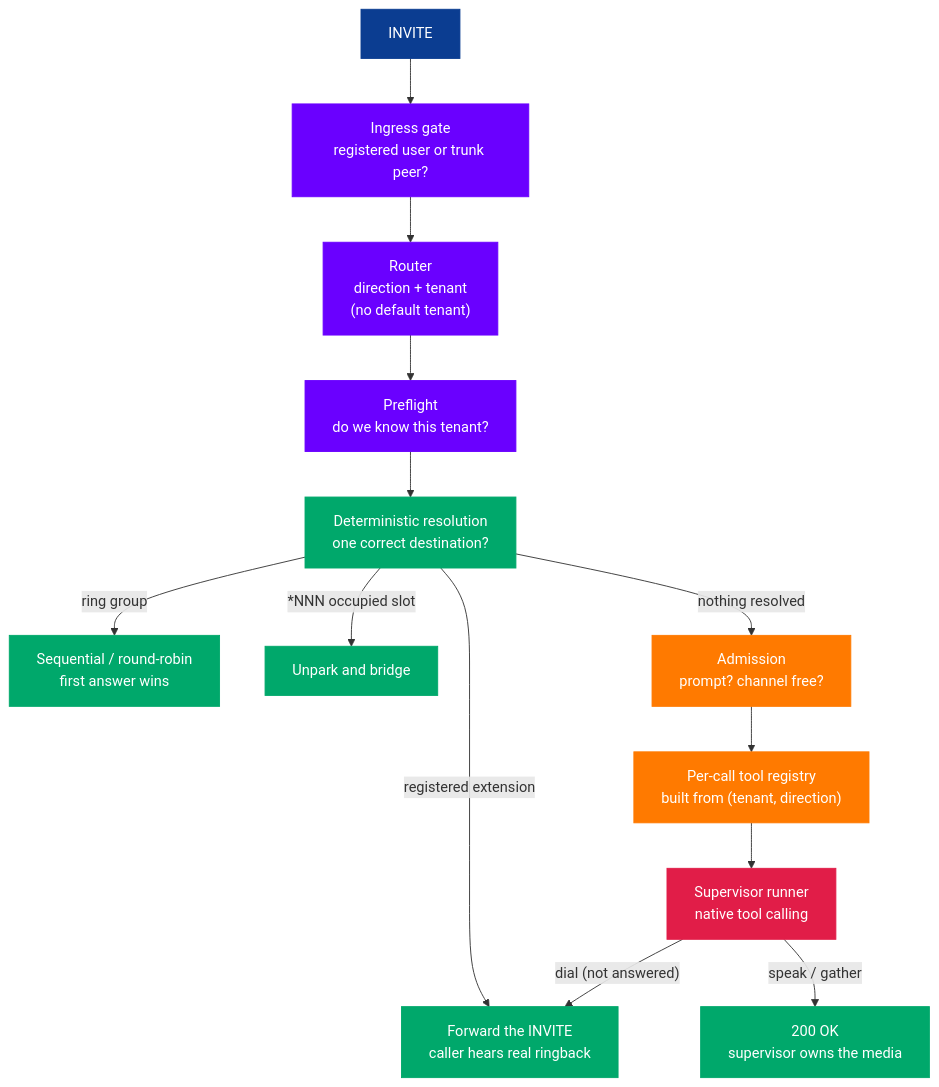
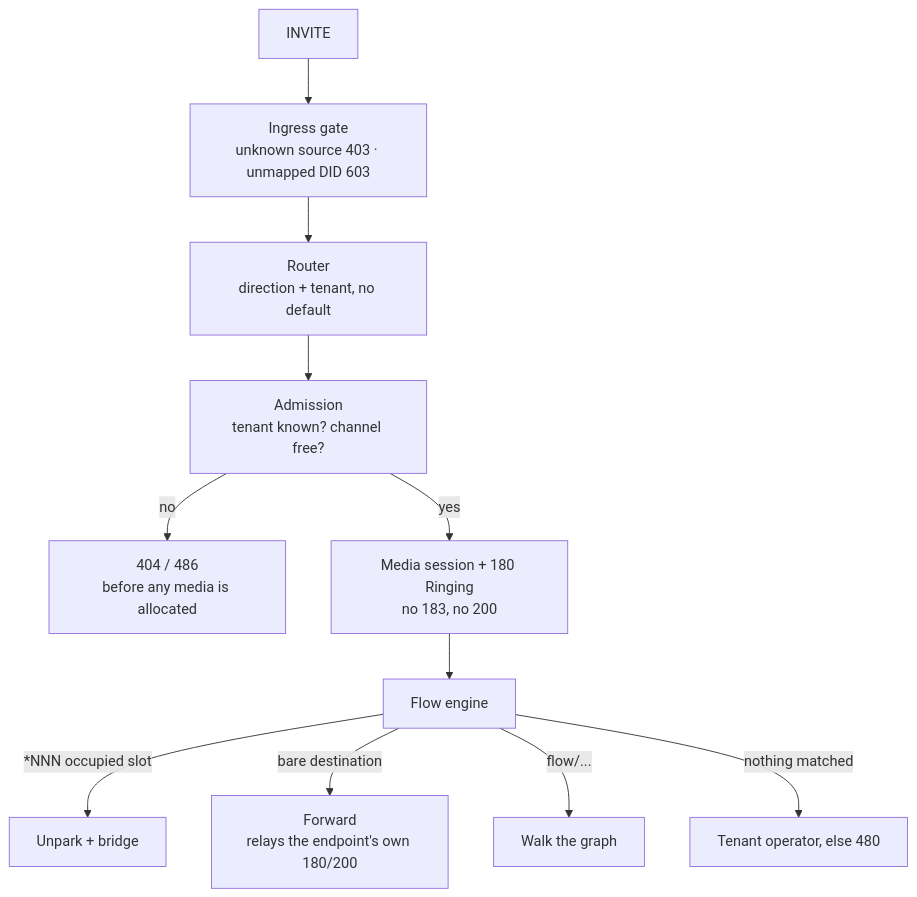
One commit to sebacius/switchboard changed the second of 3 diagrams in README.md. Above: the diagram before and after it, drawn with Mermaid. The commit also changed other lines of this file and 152 other files, not shown here.

First line of the commit message:
Replace the LLM supervisor with deterministic call flows (#39)

````diff
--- a/README.md
+++ b/README.md
@@ -138,28 +125,13 @@
 ```mermaid
-flowchart TB
-    Call["INVITE"] --> Ingress["Ingress gate<br/>registered user or trunk peer?"]
-    Ingress --> Router["Router<br/>direction + tenant<br/>(no default tenant)"]
-    Router --> Preflight["Preflight<br/>do we know this tenant?"]
-    Preflight --> Resolve["Deterministic resolution<br/>one correct destination?"]
-    Resolve -->|"registered extension"| Forward["Forward the INVITE<br/>caller hears real ringback"]
-    Resolve -->|"ring group"| Group["Sequential / round-robin<br/>first answer wins"]
-    Resolve -->|"*NNN occupied slot"| Pickup["Unpark and bridge"]
-    Resolve -->|"nothing resolved"| Admission["Admission<br/>prompt? channel free?"]
-    Admission --> Registry["Per-call tool registry<br/>built from (tenant, direction)"]
-    Registry --> Supervisor["Supervisor runner<br/>native tool calling"]
-    Supervisor -->|"dial (not answered)"| Forward
-    Supervisor -->|"speak / gather"| Answer["200 OK<br/>supervisor owns the media"]
-
-    style Call fill:#0b3d91,stroke:#0b3d91,color:#fff
-    style Ingress fill:#6a00ff,stroke:#6a00ff,color:#fff
-    style Router fill:#6a00ff,stroke:#6a00ff,color:#fff
-    style Preflight fill:#6a00ff,stroke:#6a00ff,color:#fff
-    style Resolve fill:#00a86b,stroke:#00a86b,color:#fff
-    style Group fill:#00a86b,stroke:#00a86b,color:#fff
-    style Pickup fill:#00a86b,stroke:#00a86b,color:#fff
-    style Admission fill:#ff7a00,stroke:#ff7a00,color:#fff
-    style Registry fill:#ff7a00,stroke:#ff7a00,color:#fff
-    style Supervisor fill:#e11d48,stroke:#e11d48,color:#fff
-    style Forward fill:#00a86b,stroke:#00a86b,color:#fff
-    style Answer fill:#00a86b,stroke:#00a86b,color:#fff
+flowchart TD
+    INVITE["INVITE"] --> Gate["Ingress gate<br/>unknown source 403 · unmapped DID 603"]
+    Gate --> Route["Router<br/>direction + tenant, no default"]
+    Route --> Admit["Admission<br/>tenant known? channel free?"]
+    Admit -->|"no"| Reject["404 / 486<br/>before any media is allocated"]
+    Admit -->|"yes"| Media["Media session + 180 Ringing<br/>no 183, no 200"]
+    Media --> Engine["Flow engine"]
+    Engine -->|"*NNN occupied slot"| Unpark["Unpark + bridge"]
+    Engine -->|"bare destination"| Forward["Forward<br/>relays the endpoint's own 180/200"]
+    Engine -->|"flow/..."| Graph["Walk the graph"]
+    Engine -->|"nothing matched"| Operator["Tenant operator, else 480"]
 ```
````
